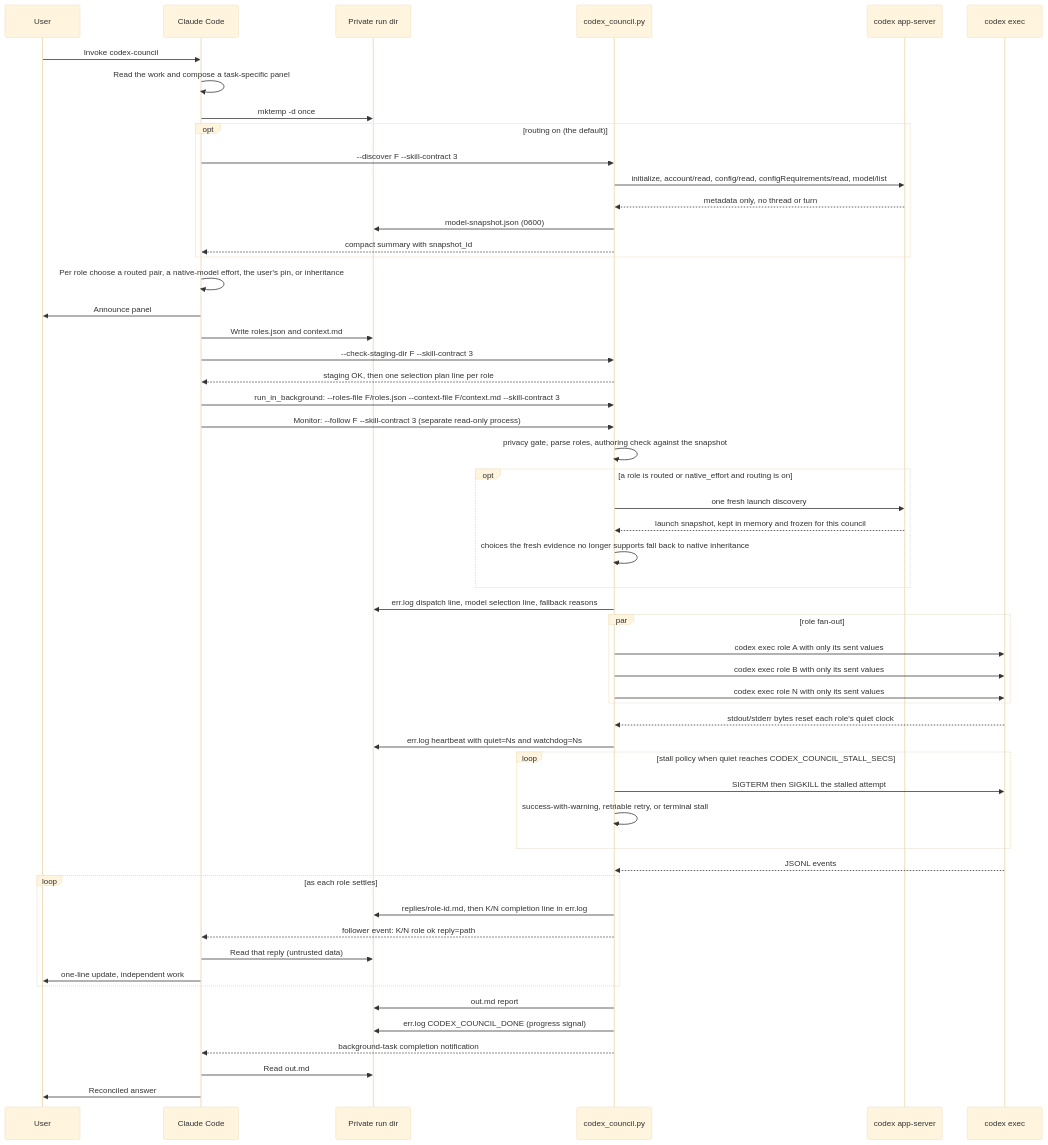
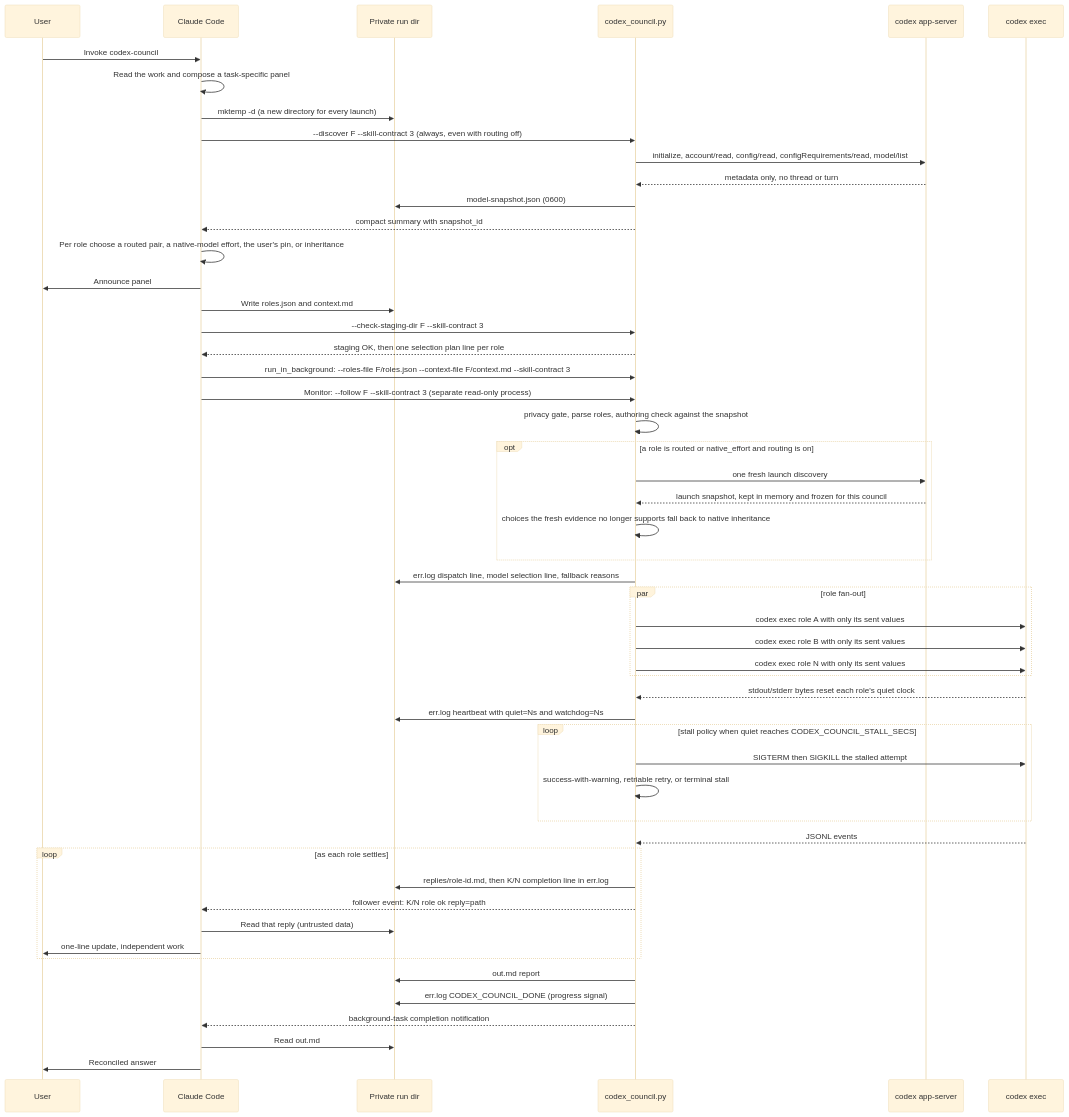
One commit to ehzawad/codex-council changed the second of 3 diagrams in README.md. Above: the diagram before and after it, drawn with Mermaid (base theme). The commit also changed other lines of this file and 18 other files, not shown here.

````diff
--- a/README.md
+++ b/README.md
@@ -203,57 +203,55 @@
 ```mermaid
 sequenceDiagram
     participant U as User
     participant C as Claude Code
     participant F as Private run dir
     participant S as codex_council.py
     participant A as codex app-server
     participant X as codex exec
 
     U->>C: Invoke codex-council
     C->>C: Read the work and compose a task-specific panel
-    C->>F: mktemp -d once
-    opt routing on (the default)
-        C->>S: --discover F --skill-contract 3
-        S->>A: initialize, account/read, config/read, configRequirements/read, model/list
-        A-->>S: metadata only, no thread or turn
-        S->>F: model-snapshot.json (0600)
-        S-->>C: compact summary with snapshot_id
-    end
+    C->>F: mktemp -d (a new directory for every launch)
+    C->>S: --discover F --skill-contract 3 (always, even with routing off)
+    S->>A: initialize, account/read, config/read, configRequirements/read, model/list
+    A-->>S: metadata only, no thread or turn
+    S->>F: model-snapshot.json (0600)
+    S-->>C: compact summary with snapshot_id
     C->>C: Per role choose a routed pair, a native-model effort, the user's pin, or inheritance
     C->>U: Announce panel
     C->>F: Write roles.json and context.md
     C->>S: --check-staging-dir F --skill-contract 3
     S-->>C: staging OK, then one selection plan line per role
     C->>S: run_in_background: --roles-file F/roles.json --context-file F/context.md --skill-contract 3
     C->>S: Monitor: --follow F --skill-contract 3 (separate read-only process)
     S->>S: privacy gate, parse roles, authoring check against the snapshot
     opt a role is routed or native_effort and routing is on
         S->>A: one fresh launch discovery
         A-->>S: launch snapshot, kept in memory and frozen for this council
         S->>S: choices the fresh evidence no longer supports fall back to native inheritance
     end
     S->>F: err.log dispatch line, model selection line, fallback reasons
     par role fan-out
         S->>X: codex exec role A with only its sent values
         S->>X: codex exec role B with only its sent values
         S->>X: codex exec role N with only its sent values
     end
     X-->>S: stdout/stderr bytes reset each role's quiet clock
     S->>F: err.log heartbeat with quiet=Ns and watchdog=Ns
     loop stall policy when quiet reaches CODEX_COUNCIL_STALL_SECS
         S->>X: SIGTERM then SIGKILL the stalled attempt
         S->>S: success-with-warning, retriable retry, or terminal stall
     end
     X-->>S: JSONL events
     loop as each role settles
         S->>F: replies/role-id.md, then K/N completion line in err.log
         S-->>C: follower event: K/N role ok reply=path
         C->>F: Read that reply (untrusted data)
         C->>U: one-line update, independent work
     end
     S->>F: out.md report
     S->>F: err.log CODEX_COUNCIL_DONE (progress signal)
     S-->>C: background-task completion notification
     C->>F: Read out.md
     C->>U: Reconciled answer
 ```
````
